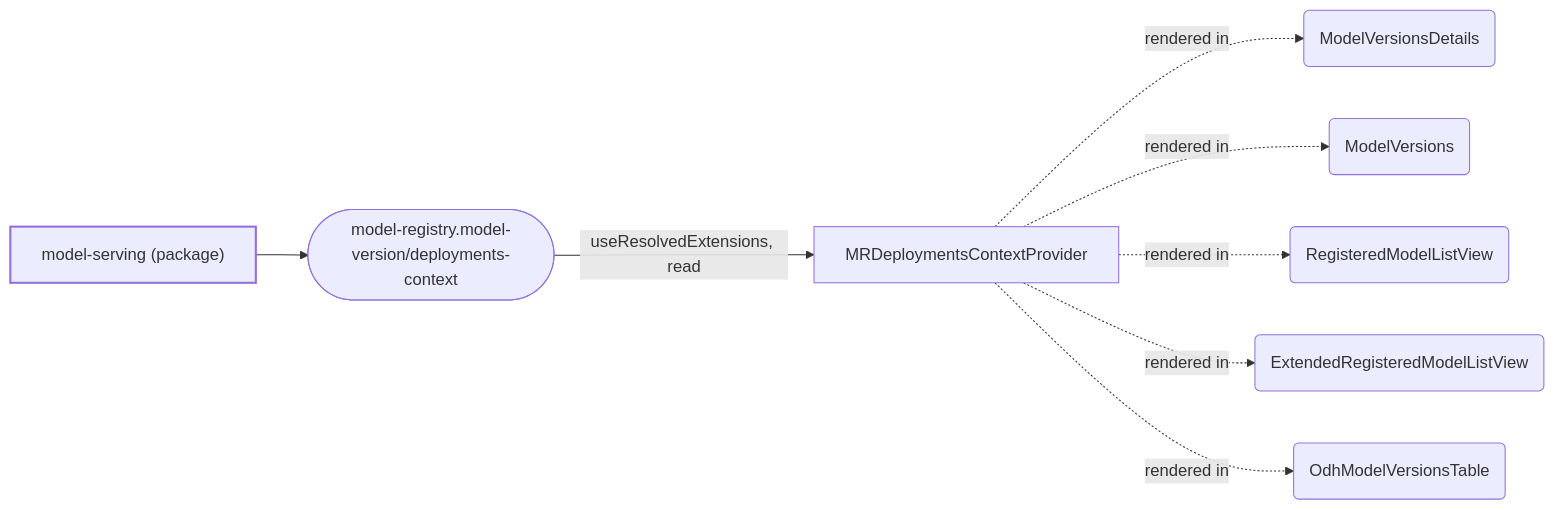
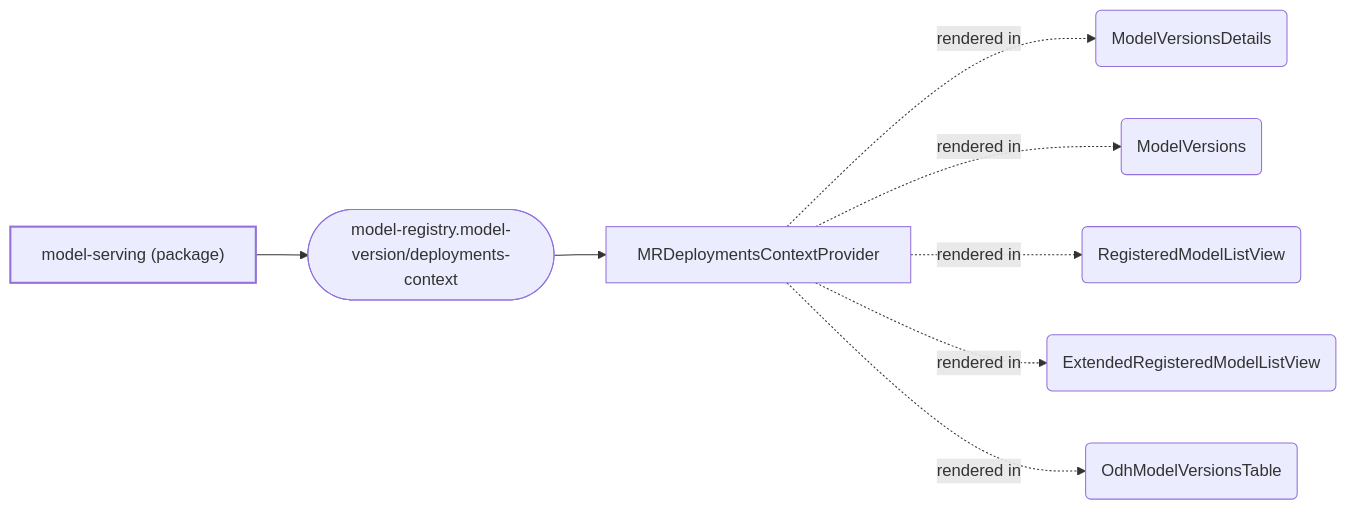
One commit to mturley/odh-dashboard changed the sixth of 10 diagrams in packages/model-registry/docs/extensions.md. Above: the diagram before and after it, drawn with Mermaid. The commit also changed other lines of this file and 28 other files, not shown here.

````diff
--- a/packages/model-registry/docs/extensions.md
+++ b/packages/model-registry/docs/extensions.md
@@ -296,20 +389,20 @@
 ```mermaid
 flowchart LR
   classDef pkg stroke-width:2px
   classDef point stroke-width:1px
   n_pkg__odh_dashboard_model_serving_d0bfea["model-serving (package)"]:::pkg
   n_model_registry_model_version_deployments_context_5e3005(["model-registry.model-version/deployments-context"]):::point
   n_pkg__odh_dashboard_model_serving_d0bfea --> n_model_registry_model_version_deployments_context_5e3005
   n_symbol_packages_model_registry_upstream_frontend_src_odh_components_MRDeploymentsContextProvider_tsx_MRDeploymentsContextProvider_328872["MRDeploymentsContextProvider"]
-  n_model_registry_model_version_deployments_context_5e3005 -- "useResolvedExtensions, read" --> n_symbol_packages_model_registry_upstream_frontend_src_odh_components_MRDeploymentsContextProvider_tsx_MRDeploymentsContextProvider_328872
+  n_model_registry_model_version_deployments_context_5e3005 --> n_symbol_packages_model_registry_upstream_frontend_src_odh_components_MRDeploymentsContextProvider_tsx_MRDeploymentsContextProvider_328872
   n_symbol_packages_model_registry_upstream_frontend_src_app_pages_modelRegistry_screens_ModelVersionDetails_ModelVersionDetails_tsx_ModelVersionsDetails_2b487a("ModelVersionsDetails")
   n_symbol_packages_model_registry_upstream_frontend_src_app_pages_modelRegistry_screens_ModelVersions_ModelVersions_tsx_ModelVersions_80e998("ModelVersions")
   n_symbol_packages_model_registry_upstream_frontend_src_app_pages_modelRegistry_screens_RegisteredModels_RegisteredModelListView_tsx_RegisteredModelListView_605424("RegisteredModelListView")
   n_symbol_packages_model_registry_upstream_frontend_src_odh_components_ExtendedRegisteredModelListView_tsx_ExtendedRegisteredModelListView_072a6c("ExtendedRegisteredModelListView")
   n_symbol_packages_model_registry_upstream_frontend_src_odh_components_OdhModelVersionsTable_tsx_OdhModelVersionsTable_9235a0("OdhModelVersionsTable")
   n_symbol_packages_model_registry_upstream_frontend_src_odh_components_MRDeploymentsContextProvider_tsx_MRDeploymentsContextProvider_328872 -. "rendered in" .-> n_symbol_packages_model_registry_upstream_frontend_src_app_pages_modelRegistry_screens_ModelVersionDetails_ModelVersionDetails_tsx_ModelVersionsDetails_2b487a
   n_symbol_packages_model_registry_upstream_frontend_src_odh_components_MRDeploymentsContextProvider_tsx_MRDeploymentsContextProvider_328872 -. "rendered in" .-> n_symbol_packages_model_registry_upstream_frontend_src_app_pages_modelRegistry_screens_ModelVersions_ModelVersions_tsx_ModelVersions_80e998
   n_symbol_packages_model_registry_upstream_frontend_src_odh_components_MRDeploymentsContextProvider_tsx_MRDeploymentsContextProvider_328872 -. "rendered in" .-> n_symbol_packages_model_registry_upstream_frontend_src_app_pages_modelRegistry_screens_RegisteredModels_RegisteredModelListView_tsx_RegisteredModelListView_605424
   n_symbol_packages_model_registry_upstream_frontend_src_odh_components_MRDeploymentsContextProvider_tsx_MRDeploymentsContextProvider_328872 -. "rendered in" .-> n_symbol_packages_model_registry_upstream_frontend_src_odh_components_ExtendedRegisteredModelListView_tsx_ExtendedRegisteredModelListView_072a6c
   n_symbol_packages_model_registry_upstream_frontend_src_odh_components_MRDeploymentsContextProvider_tsx_MRDeploymentsContextProvider_328872 -. "rendered in" .-> n_symbol_packages_model_registry_upstream_frontend_src_odh_components_OdhModelVersionsTable_tsx_OdhModelVersionsTable_9235a0
 ```
````
